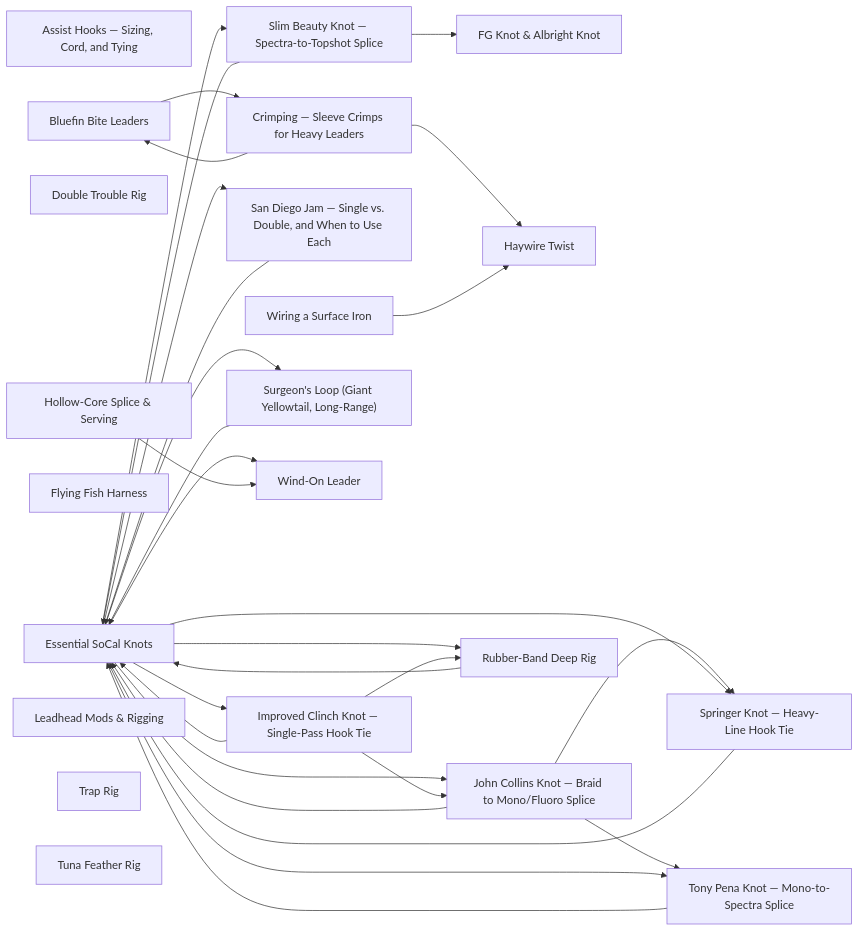
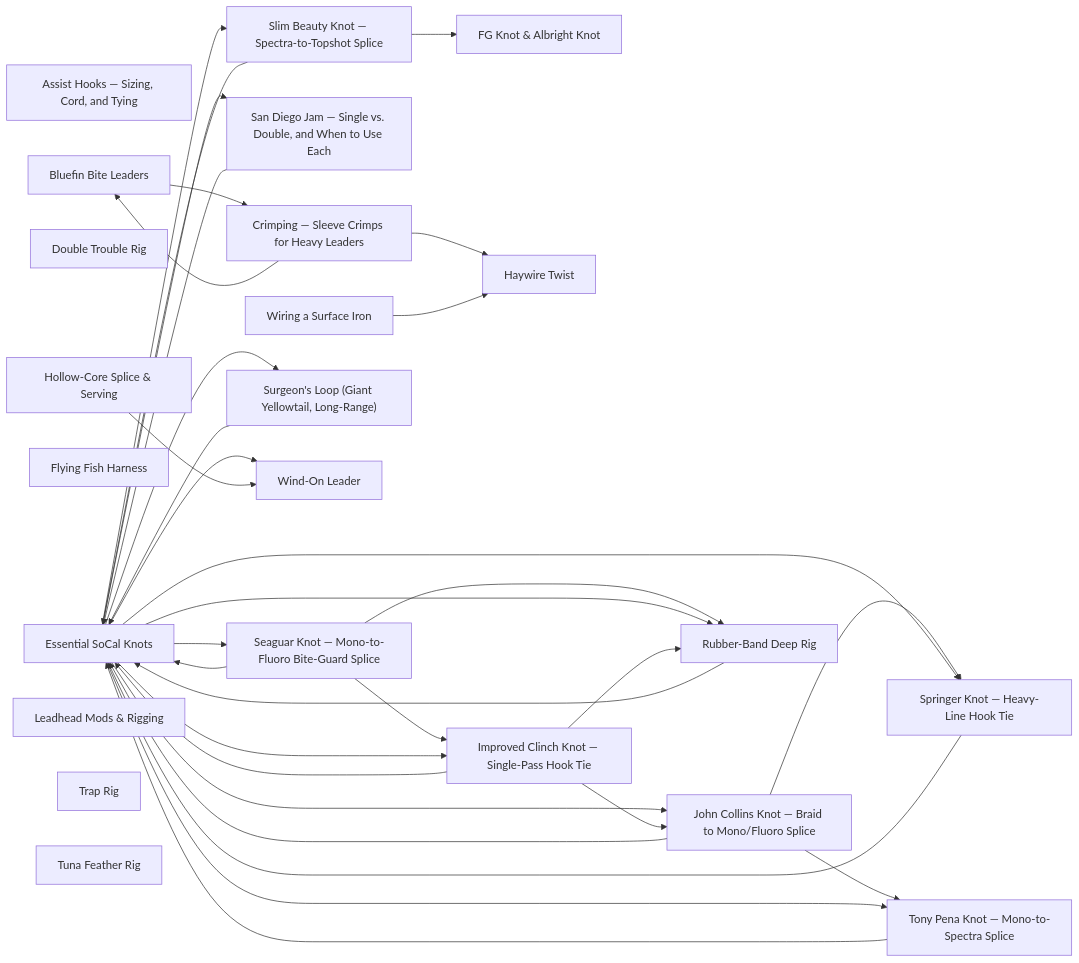
Before and after one commit to camchuckpete-max/Socal-Fishing-Knowledge: the diagram in rigging/README.md, drawn with Mermaid. The commit also changed other lines of this file and 6 other files, not shown here.

````diff
--- a/rigging/README.md
+++ b/rigging/README.md
@@ -35,52 +36,57 @@
 ```mermaid
 graph LR
   n0["Assist Hooks — Sizing, Cord, and Tying"]
   n1["Bluefin Bite Leaders"]
   n2["Crimping — Sleeve Crimps for Heavy Leaders"]
   n3["Double Trouble Rig"]
   n4["Essential SoCal Knots"]
   n5["FG Knot & Albright Knot"]
   n6["Flying Fish Harness"]
   n7["Haywire Twist"]
   n8["Hollow-Core Splice & Serving"]
   n9["Improved Clinch Knot — Single-Pass Hook Tie"]
   n10["John Collins Knot — Braid to Mono/Fluoro Splice"]
   n11["Leadhead Mods & Rigging"]
   n12["Rubber-Band Deep Rig"]
   n13["San Diego Jam — Single vs. Double, and When to Use Each"]
-  n14["Slim Beauty Knot — Spectra-to-Topshot Splice"]
-  n15["Springer Knot — Heavy-Line Hook Tie"]
-  n16["Surgeon's Loop (Giant Yellowtail, Long-Range)"]
-  n17["Tony Pena Knot — Mono-to-Spectra Splice"]
-  n18["Trap Rig"]
-  n19["Tuna Feather Rig"]
-  n20["Wind-On Leader"]
-  n21["Wiring a Surface Iron"]
+  n14["Seaguar Knot — Mono-to-Fluoro Bite-Guard Splice"]
+  n15["Slim Beauty Knot — Spectra-to-Topshot Splice"]
+  n16["Springer Knot — Heavy-Line Hook Tie"]
+  n17["Surgeon's Loop (Giant Yellowtail, Long-Range)"]
+  n18["Tony Pena Knot — Mono-to-Spectra Splice"]
+  n19["Trap Rig"]
+  n20["Tuna Feather Rig"]
+  n21["Wind-On Leader"]
+  n22["Wiring a Surface Iron"]
   n1 --> n2
-  n10 --> n15
-  n10 --> n17
+  n10 --> n16
+  n10 --> n18
   n10 --> n4
   n12 --> n4
   n13 --> n4
+  n14 --> n12
   n14 --> n4
-  n14 --> n5
+  n14 --> n9
   n15 --> n4
+  n15 --> n5
   n16 --> n4
   n17 --> n4
+  n18 --> n4
   n2 --> n1
   n2 --> n7
-  n21 --> n7
+  n22 --> n7
   n4 --> n10
   n4 --> n12
   n4 --> n13
   n4 --> n14
   n4 --> n15
   n4 --> n16
   n4 --> n17
-  n4 --> n20
+  n4 --> n18
+  n4 --> n21
   n4 --> n9
-  n8 --> n20
+  n8 --> n21
   n9 --> n10
   n9 --> n12
   n9 --> n4
 ```
````
